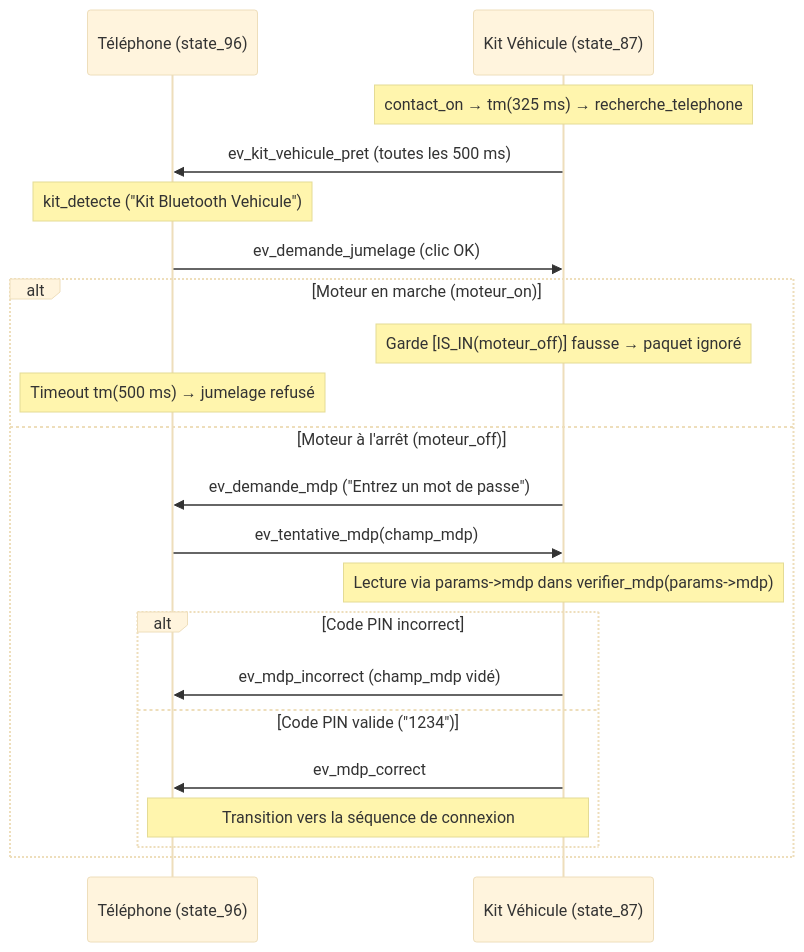
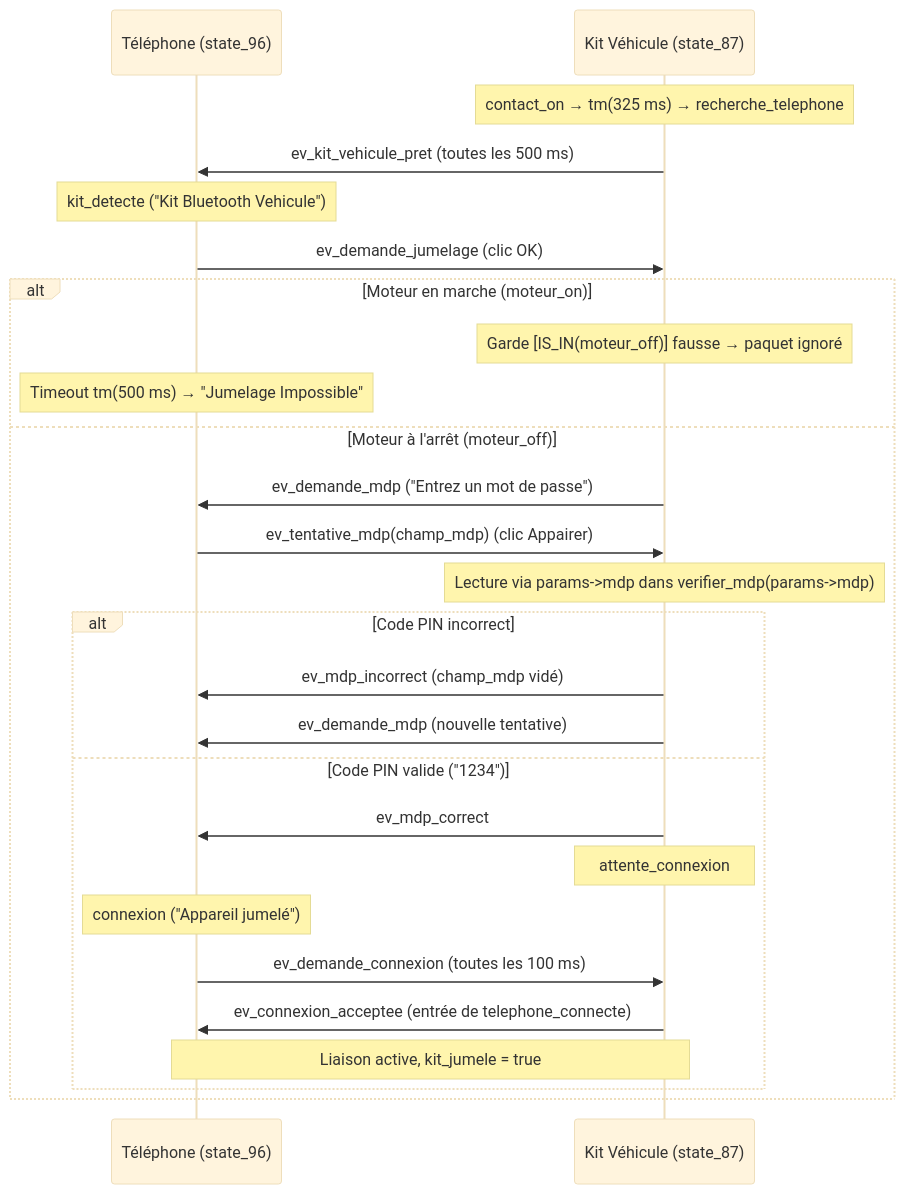
Before and after one commit to benoitdekeyn/E4SE_TD_TP: the third of 9 diagrams in systemes_evenements_discrets/Rapport/Rapport.md, drawn with Mermaid (base theme). The commit also changed other lines of this file and 1 other file, not shown here.

````diff
--- a/systemes_evenements_discrets/Rapport/Rapport.md
+++ b/systemes_evenements_discrets/Rapport/Rapport.md
@@ -617,25 +657,30 @@
 ```mermaid
 sequenceDiagram
     participant Tel as Téléphone (state_96)
     participant Kit as Kit Véhicule (state_87)
 
     Note over Kit: contact_on → tm(325 ms) → recherche_telephone
     Kit->>Tel: ev_kit_vehicule_pret (toutes les 500 ms)
     Note over Tel: kit_detecte ("Kit Bluetooth Vehicule")
     Tel->>Kit: ev_demande_jumelage (clic OK)
 
     alt Moteur en marche (moteur_on)
         Note over Kit: Garde [IS_IN(moteur_off)] fausse → paquet ignoré
-        Note over Tel: Timeout tm(500 ms) → jumelage refusé
+        Note over Tel: Timeout tm(500 ms) → "Jumelage Impossible"
     else Moteur à l'arrêt (moteur_off)
         Kit->>Tel: ev_demande_mdp ("Entrez un mot de passe")
-        Tel->>Kit: ev_tentative_mdp(champ_mdp)
+        Tel->>Kit: ev_tentative_mdp(champ_mdp) (clic Appairer)
         Note over Kit: Lecture via params->mdp dans verifier_mdp(params->mdp)
         alt Code PIN incorrect
             Kit->>Tel: ev_mdp_incorrect (champ_mdp vidé)
+            Kit->>Tel: ev_demande_mdp (nouvelle tentative)
         else Code PIN valide ("1234")
             Kit->>Tel: ev_mdp_correct
-            Note over Tel,Kit: Transition vers la séquence de connexion
+            Note over Kit: attente_connexion
+            Note over Tel: connexion ("Appareil jumelé")
+            Tel->>Kit: ev_demande_connexion (toutes les 100 ms)
+            Kit->>Tel: ev_connexion_acceptee (entrée de telephone_connecte)
+            Note over Tel,Kit: Liaison active, kit_jumele = true
         end
     end
 ```
````
